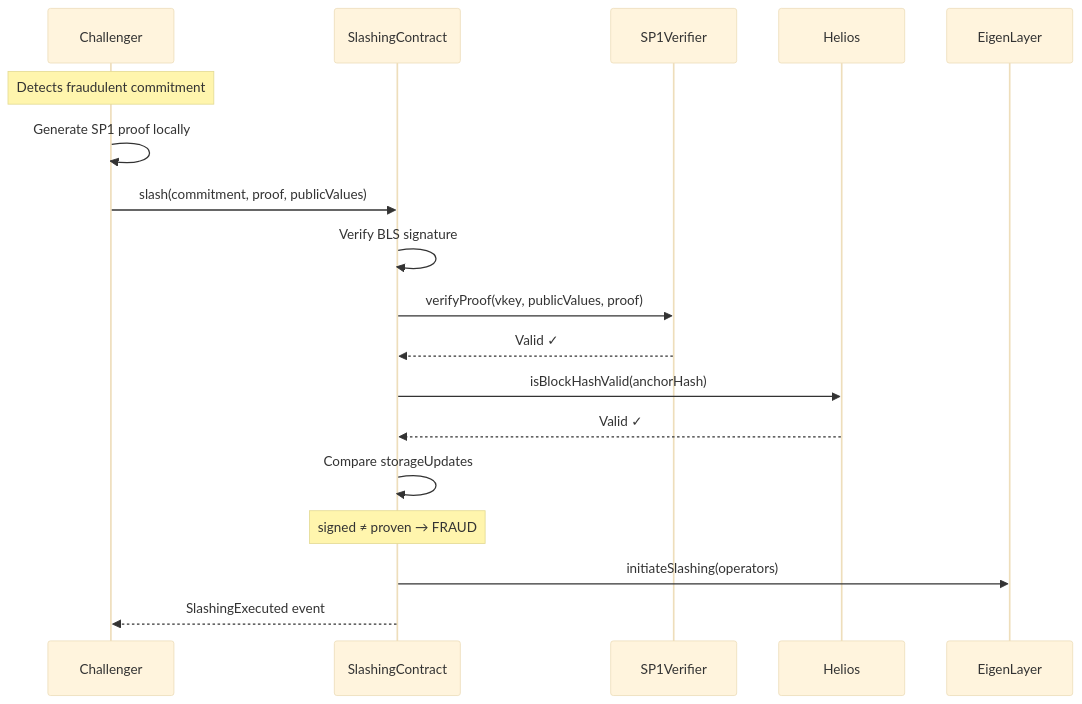
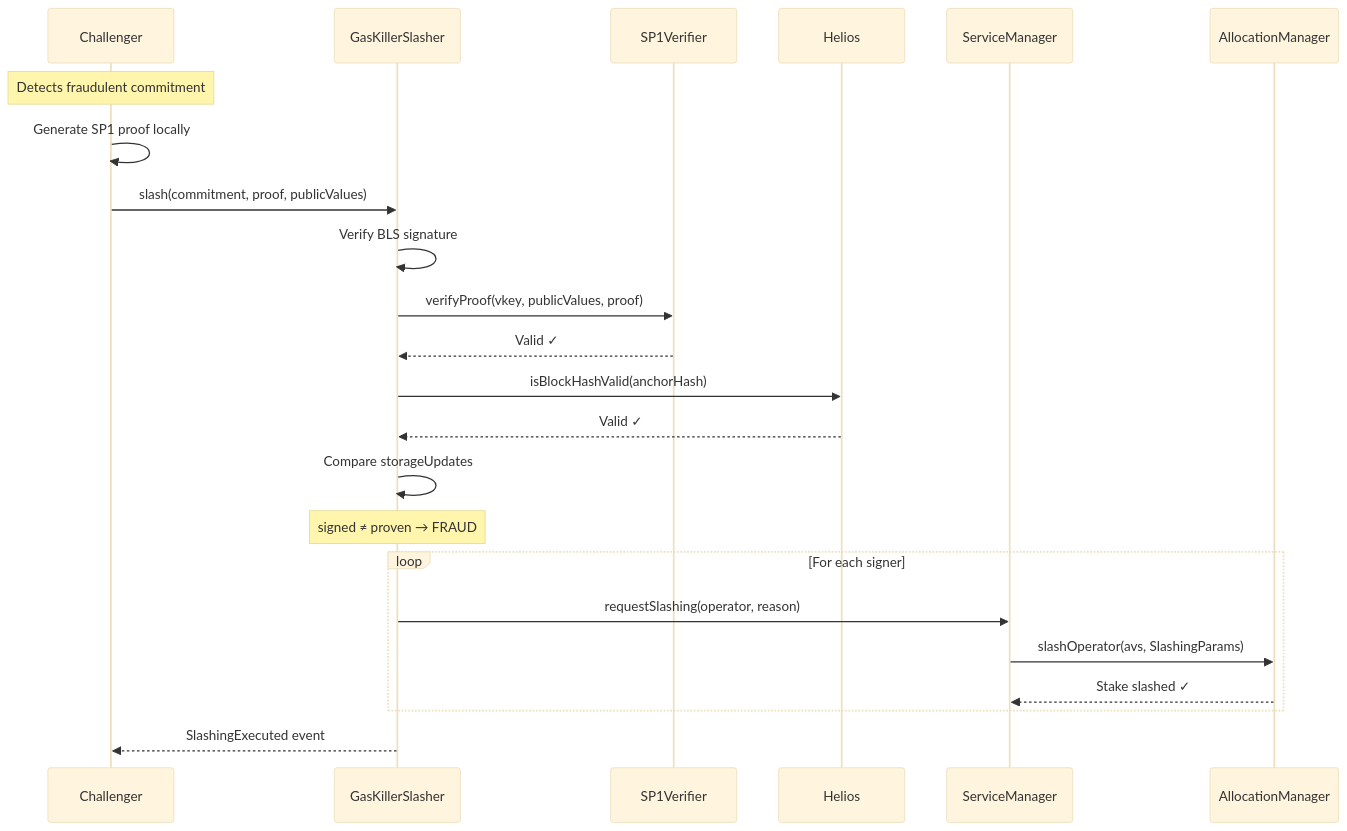
One commit to BreadchainCoop/sp1-contract-call changed the second of 3 diagrams in docs/GAS_KILLER_SLASHING_SPEC.md. Above: the diagram before and after it, drawn with Mermaid (base theme). The commit also changed other lines of this file, not shown here.

First line of the commit message:
docs: simplify EigenLayer integration in slashing spec

````diff
--- a/docs/GAS_KILLER_SLASHING_SPEC.md
+++ b/docs/GAS_KILLER_SLASHING_SPEC.md
@@ -212,26 +225,32 @@
 ```mermaid
 sequenceDiagram
     participant Challenger
-    participant SlashingContract
+    participant GasKillerSlasher
     participant SP1Verifier
     participant Helios
-    participant EigenLayer
+    participant ServiceManager
+    participant AllocationManager
 
     Note over Challenger: Detects fraudulent commitment
 
     Challenger->>Challenger: Generate SP1 proof locally
-    Challenger->>SlashingContract: slash(commitment, proof, publicValues)
+    Challenger->>GasKillerSlasher: slash(commitment, proof, publicValues)
 
-    SlashingContract->>SlashingContract: Verify BLS signature
-    SlashingContract->>SP1Verifier: verifyProof(vkey, publicValues, proof)
-    SP1Verifier-->>SlashingContract: Valid ✓
+    GasKillerSlasher->>GasKillerSlasher: Verify BLS signature
+    GasKillerSlasher->>SP1Verifier: verifyProof(vkey, publicValues, proof)
+    SP1Verifier-->>GasKillerSlasher: Valid ✓
 
-    SlashingContract->>Helios: isBlockHashValid(anchorHash)
-    Helios-->>SlashingContract: Valid ✓
+    GasKillerSlasher->>Helios: isBlockHashValid(anchorHash)
+    Helios-->>GasKillerSlasher: Valid ✓
 
-    SlashingContract->>SlashingContract: Compare storageUpdates
-    Note over SlashingContract: signed ≠ proven → FRAUD
+    GasKillerSlasher->>GasKillerSlasher: Compare storageUpdates
+    Note over GasKillerSlasher: signed ≠ proven → FRAUD
 
-    SlashingContract->>EigenLayer: initiateSlashing(operators)
-    SlashingContract-->>Challenger: SlashingExecuted event
+    loop For each signer
+        GasKillerSlasher->>ServiceManager: requestSlashing(operator, reason)
+        ServiceManager->>AllocationManager: slashOperator(avs, SlashingParams)
+        AllocationManager-->>ServiceManager: Stake slashed ✓
+    end
+
+    GasKillerSlasher-->>Challenger: SlashingExecuted event
 ```
````
